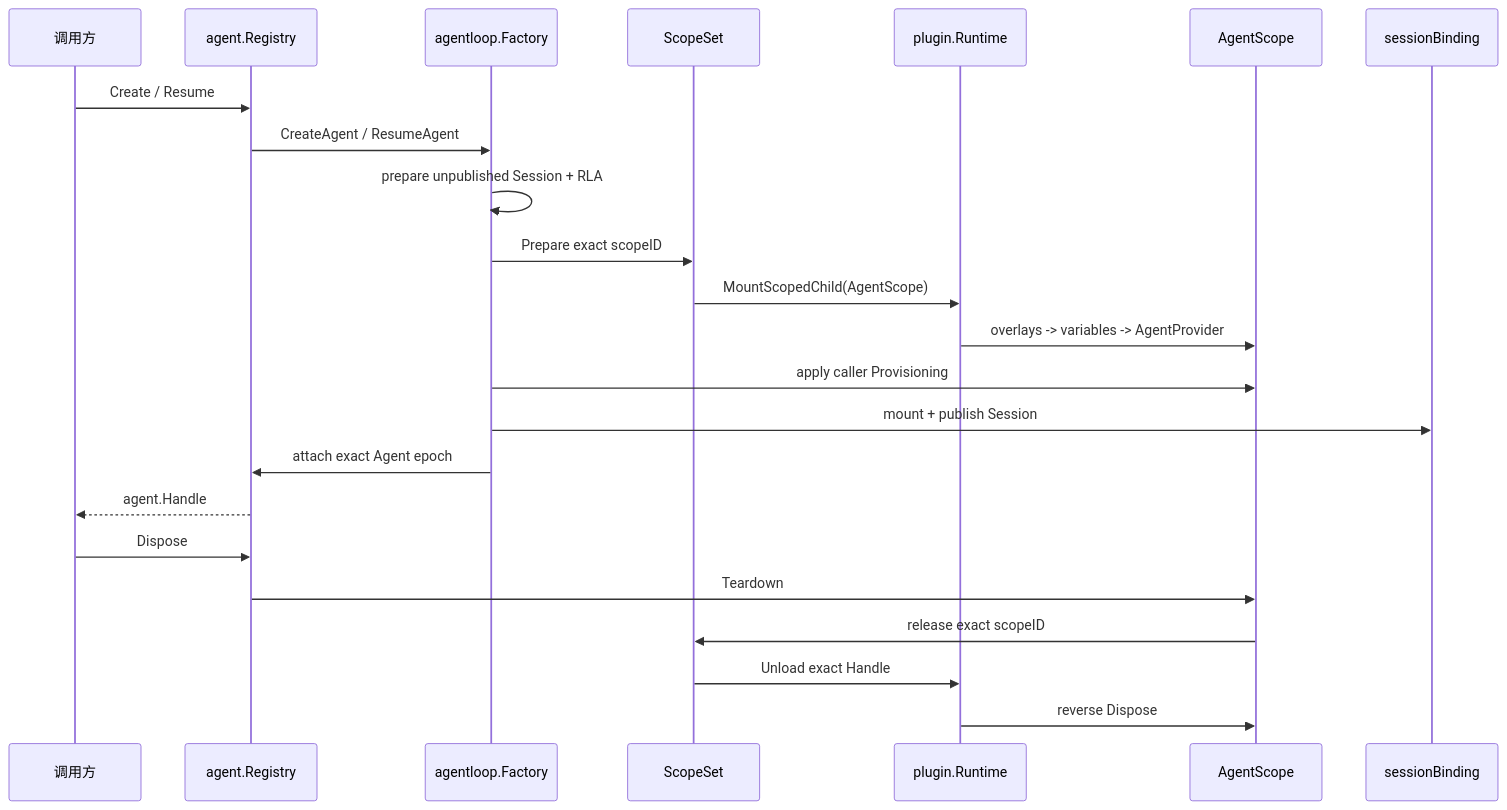
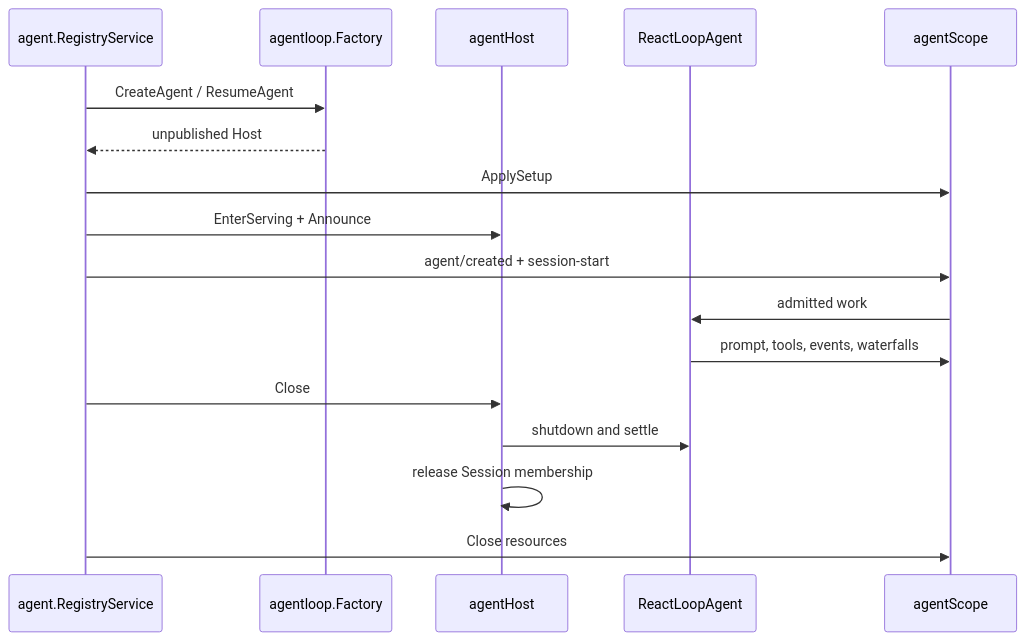
Before and after one commit to gorenx/goren: the second of 2 diagrams in agentloop/README.zh-CN.md, drawn with Mermaid. The commit also changed other lines of this file and 29 other files, not shown here.

Commit message:
docs(agent): record plugin-neutral lifecycle design

````diff
--- a/agentloop/README.zh-CN.md
+++ b/agentloop/README.zh-CN.md
@@ -62,26 +78,20 @@
 ```mermaid
 sequenceDiagram
-    participant Caller as 调用方
-    participant Registry as agent.Registry
+    participant Registry as agent.RegistryService
     participant Factory as agentloop.Factory
-    participant Scopes as ScopeSet
-    participant Runtime as plugin.Runtime
-    participant Scope as AgentScope
-    participant Binding as sessionBinding
+    participant Host as agentHost
+    participant RLA as ReactLoopAgent
+    participant Scope as agentScope
 
-    Caller->>Registry: Create / Resume
     Registry->>Factory: CreateAgent / ResumeAgent
-    Factory->>Factory: prepare unpublished Session + RLA
-    Factory->>Scopes: Prepare exact scopeID
-    Scopes->>Runtime: MountScopedChild(AgentScope)
-    Runtime->>Scope: overlays -> variables -> AgentProvider
-    Factory->>Scope: apply caller Provisioning
-    Factory->>Binding: mount + publish Session
-    Factory->>Registry: attach exact Agent epoch
-    Registry-->>Caller: agent.Handle
-    Caller->>Registry: Dispose
-    Registry->>Scope: Teardown
-    Scope->>Scopes: release exact scopeID
-    Scopes->>Runtime: Unload exact Handle
-    Runtime->>Scope: reverse Dispose
+    Factory-->>Registry: unpublished Host
+    Registry->>Scope: ApplySetup
+    Registry->>Host: EnterServing + Announce
+    Registry->>Scope: agent/created + session-start
+    Scope->>RLA: admitted work
+    RLA->>Scope: prompt, tools, events, waterfalls
+    Registry->>Host: Close
+    Host->>RLA: shutdown and settle
+    Host->>Host: release Session membership
+    Registry->>Scope: Close resources
 ```
````
